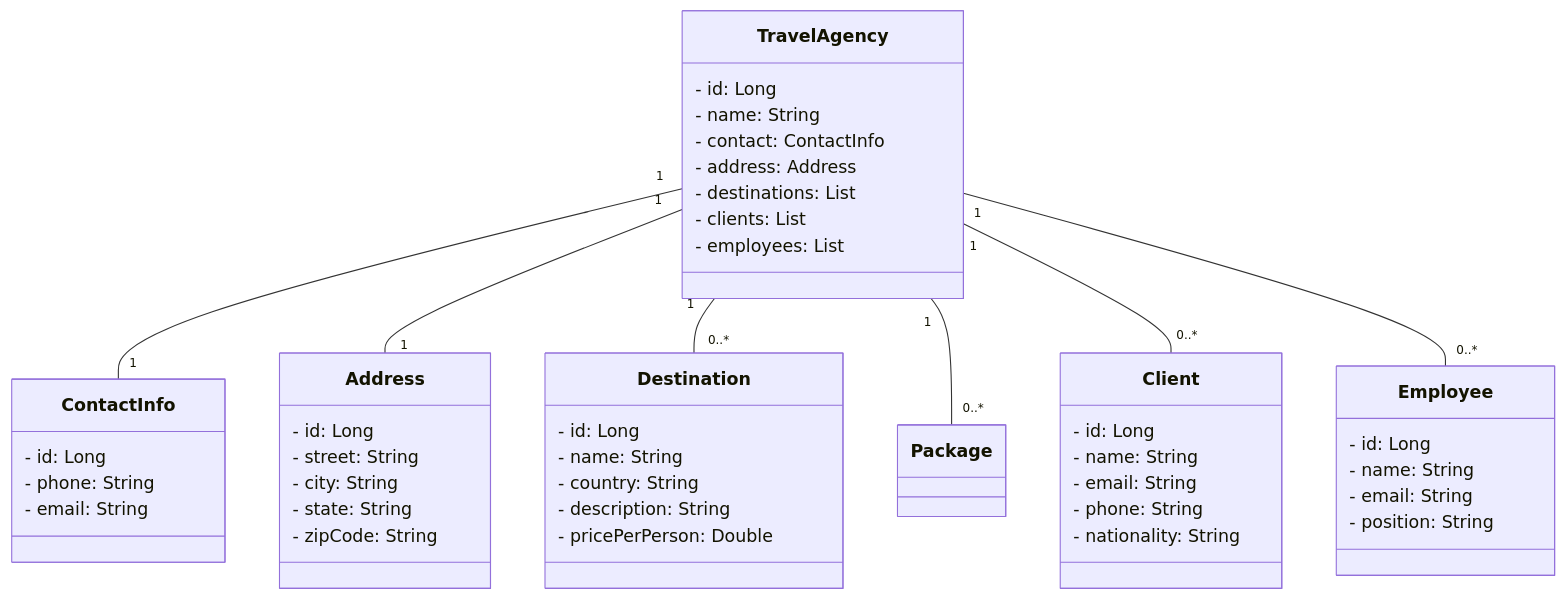
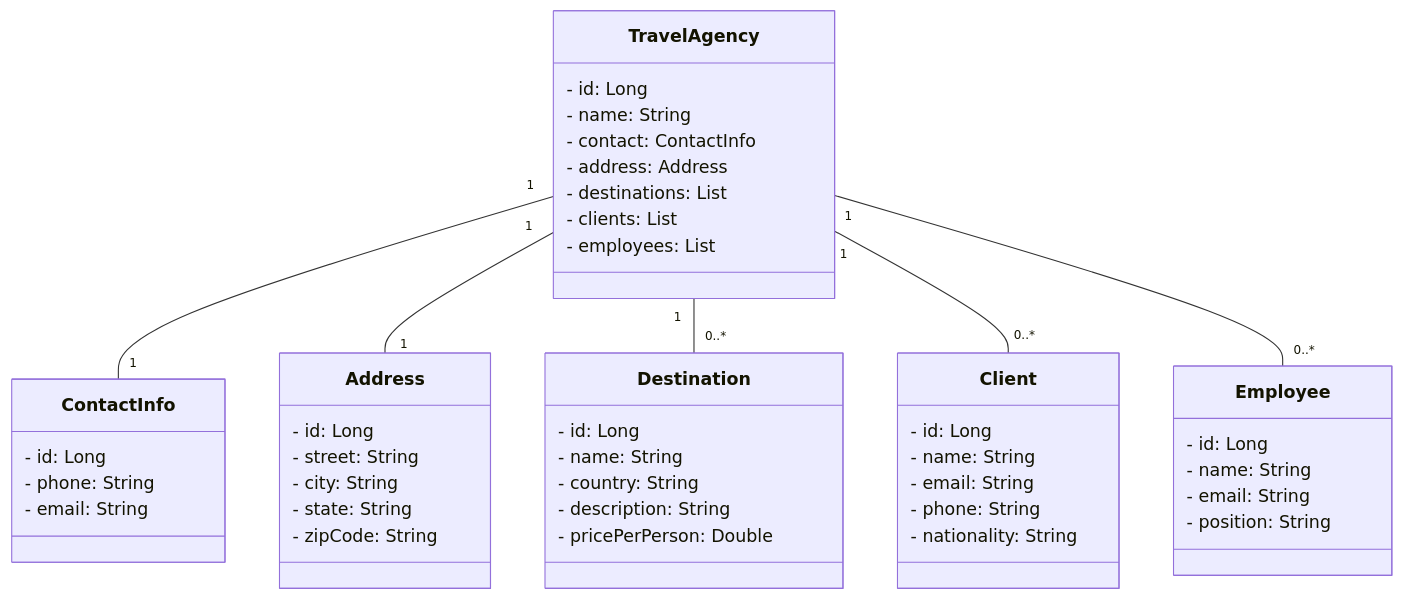
Before and after one commit to Edurequia/travel-agency: the diagram in README.md, drawn with Mermaid.

````diff
--- a/README.md
+++ b/README.md
@@ -3,57 +3,56 @@
 ``` mermaid
 classDiagram
   class TravelAgency {
     - id: Long
     - name: String
     - contact: ContactInfo
     - address: Address
     - destinations: List<Destination>
     - clients: List<Client>
     - employees: List<Employee>
   }
 
   class ContactInfo {
     - id: Long
     - phone: String
     - email: String
   }
 
   class Address {
     - id: Long
     - street: String
     - city: String
     - state: String
     - zipCode: String
   }
 
   class Destination {
     - id: Long
     - name: String
     - country: String
     - description: String
     - pricePerPerson: Double
   }
 
   class Client {
     - id: Long
     - name: String
     - email: String
     - phone: String
     - nationality: String
   }
 
   class Employee {
     - id: Long
     - name: String
     - email: String
     - position: String
   }
 
   TravelAgency "1" -- "1" ContactInfo
   TravelAgency "1" -- "1" Address
   TravelAgency "1" -- "0..*" Destination
-  TravelAgency "1" -- "0..*" Package
   TravelAgency "1" -- "0..*" Client
   TravelAgency "1" -- "0..*" Employee
 
 ``` 
````
